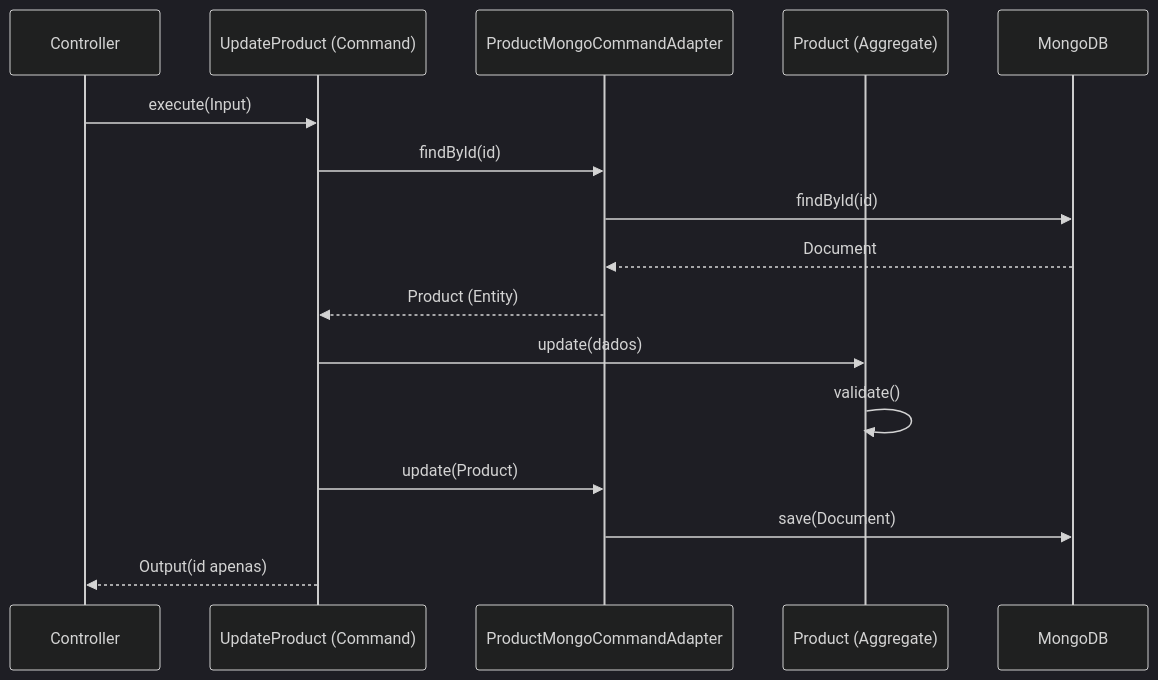
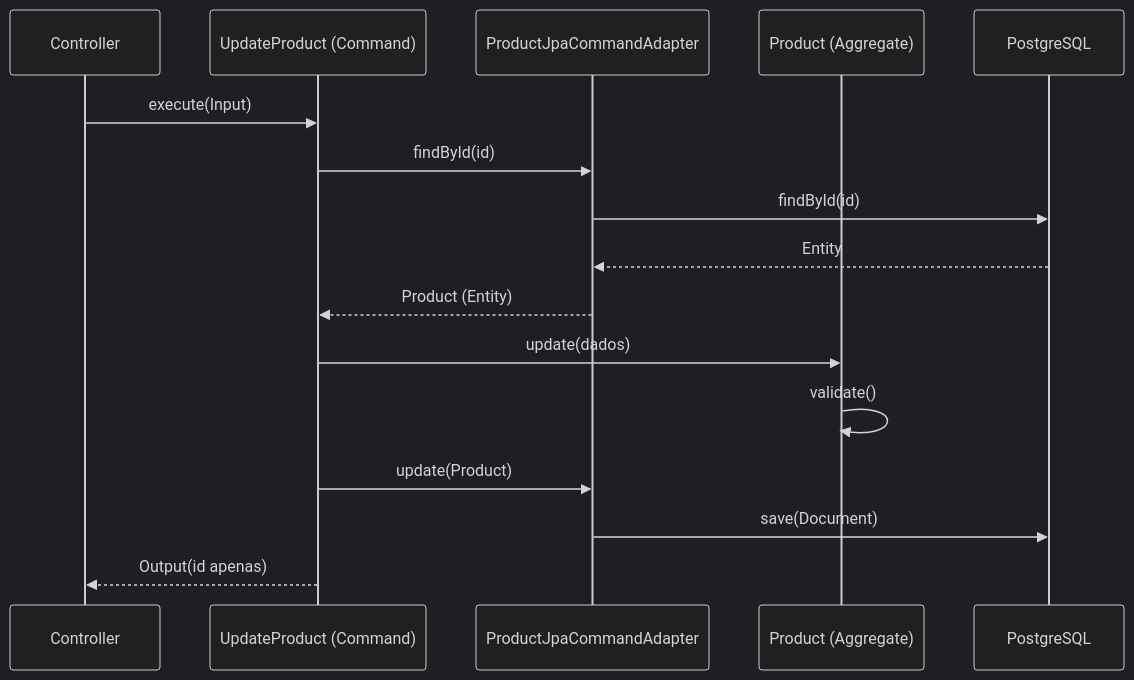
One commit to wallanpsantos/ms-product-catalog changed the third of 11 diagrams in README.md. Above: the diagram before and after it, drawn with Mermaid (dark theme). The commit also changed other lines of this file and 7 other files, not shown here.

First line of the commit message:
docs: atualiza documentação para refletir migração de MongoDB para PostgreSQL

````diff
--- a/README.md
+++ b/README.md
@@ -327,18 +327,18 @@
 ```mermaid
 sequenceDiagram
     participant API as Controller
     participant UC as UpdateProduct (Command)
-    participant GW as ProductMongoCommandAdapter
+    participant GW as ProductJpaCommandAdapter
     participant Dom as Product (Aggregate)
-    participant DB as MongoDB
+    participant DB as PostgreSQL
     API ->> UC: execute(Input)
     UC ->> GW: findById(id)
     GW ->> DB: findById(id)
-    DB -->> GW: Document
+    DB -->> GW: Entity
     GW -->> UC: Product (Entity)
     UC ->> Dom: update(dados)
     Dom ->> Dom: validate()
     UC ->> GW: update(Product)
     GW ->> DB: save(Document)
     UC -->> API: Output(id apenas)
 ```
````
